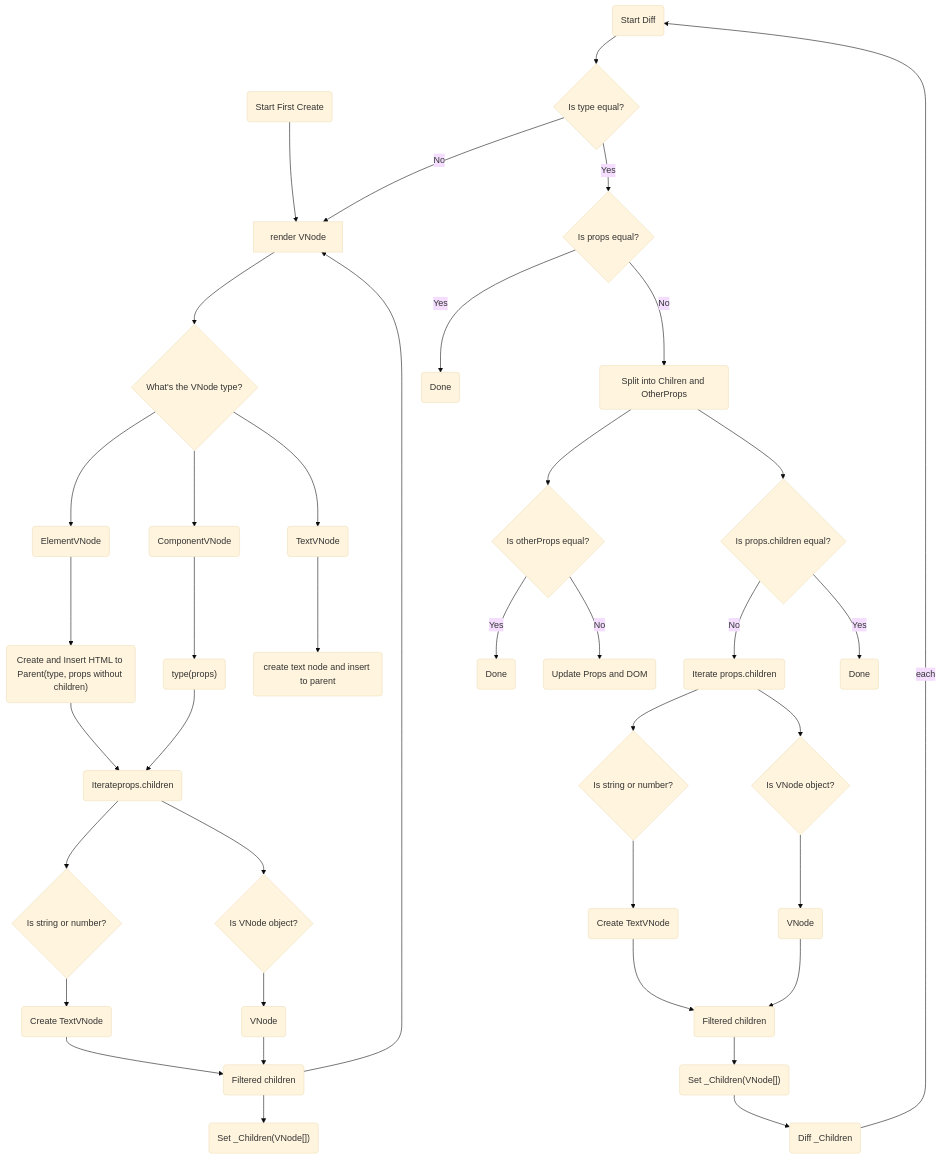
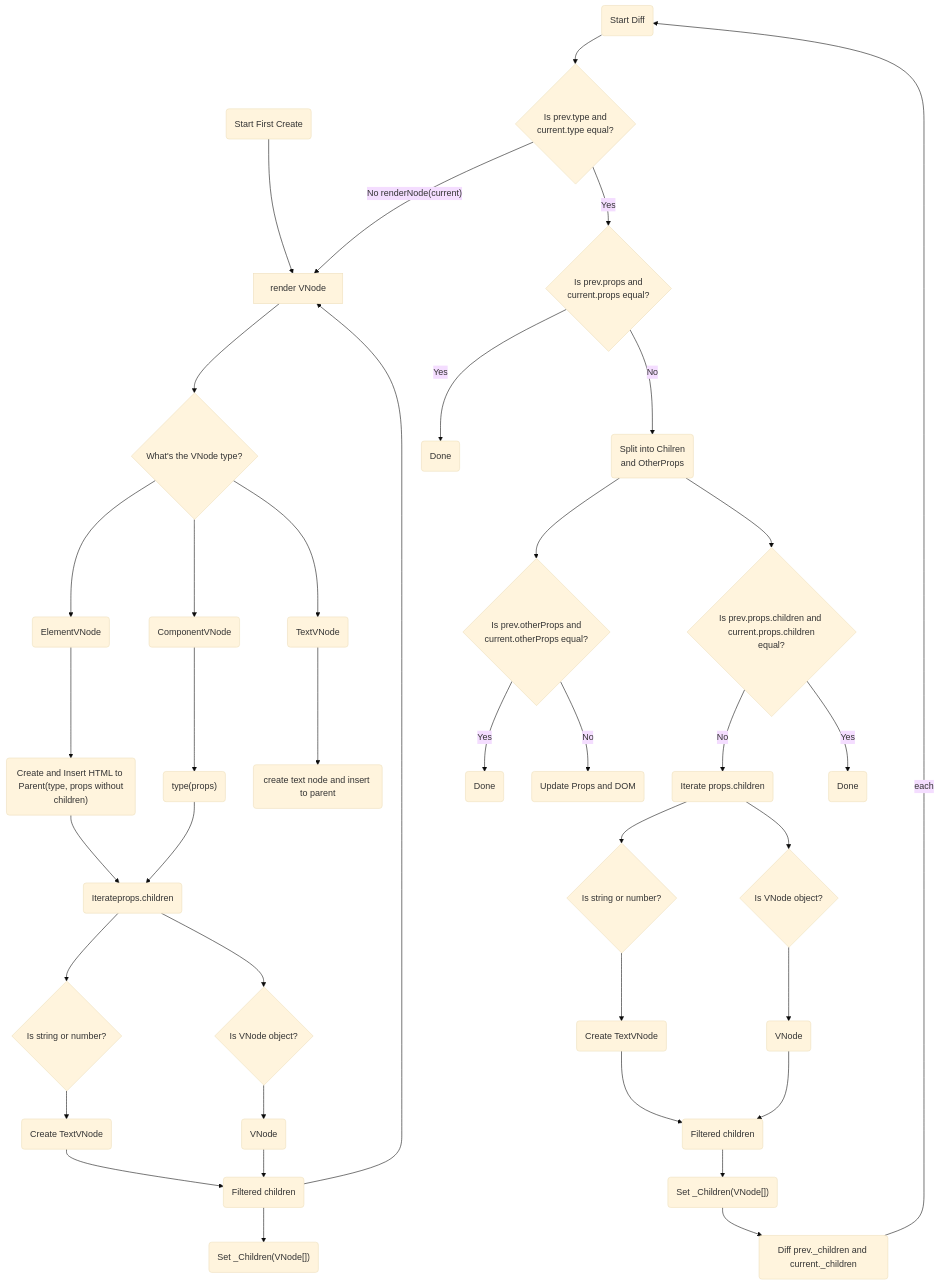
The diagram in mini-react/README.md (reeli/js-practice), drawn with Mermaid (base theme) before and after one commit.

````diff
--- a/mini-react/README.md
+++ b/mini-react/README.md
@@ -1,46 +1,43 @@
 ```mermaid
 graph TD
   VNode[render VNode] --> B{What's the VNode type? }
   B --> C(ElementVNode)
   B --> D(ComponentVNode)
   D --> D1("type(props)")
   D1 --> G
   B --> E(TextVNode)
   E --> E1(create text node and insert to parent)
-  C --> F("Create and Insert HTML to Parent(type, props without children)" )
+  C --> F("Create and Insert HTML to <br> Parent(type, props without children)" )
   F --> G(Iterateprops.children) 
   G --> H{Is string or number?}
   H --> I(Create TextVNode)
   G --> J{Is VNode object?}
   J --> K(VNode)
   I --> L(Filtered children)
   K --> L
   L --> M("Set _Children(VNode[])")
   L --> VNode
   
   firstCreate(Start First Create) --> VNode
   
-  diff(Start Diff) --> checkType{Is type equal?}
-  checkType --> |No| VNode
-  checkType --> |Yes| checkProps{Is props equal?}
+  diff(Start Diff) --> checkType{Is prev.type and <br> current.type equal?}
+  checkType --> |"No renderNode(current)"| VNode
+  checkType --> |Yes| checkProps{Is prev.props  and <br> current.props equal?}
   checkProps --> |Yes| return(Done)
-  checkProps --> |No| split(Split into Chilren and OtherProps)
-  split --> checkOtherProps{Is otherProps equal?}
+  checkProps --> |No| split(Split into Chilren <br> and OtherProps)
+  split --> checkOtherProps{Is prev.otherProps  and <br> current.otherProps equal?}
   checkOtherProps --> |Yes| done(Done)
   checkOtherProps --> |No| updateProps(Update Props and  DOM)
-  split --> checkPropsChildren{Is props.children equal?}
+  split --> checkPropsChildren{Is prev.props.children and <br> current.props.children equal?}
   checkPropsChildren --> |No| iterateChild(Iterate  props.children)
   checkPropsChildren --> |Yes| d(Done)
   iterateChild --> H1{Is string or number?}
   H1 --> I1(Create TextVNode)
   iterateChild --> J1{Is VNode object?}
   J1 --> K1(VNode)
   I1 --> L1(Filtered children)
   K1 --> L1
   L1 --> M1("Set _Children(VNode[])")
-  M1 --> K2("Diff _Children")
+  M1 --> K2("Diff prev._children and current._children")
   K2 --> |each| diff
-  
-  
-  
 ```
````
